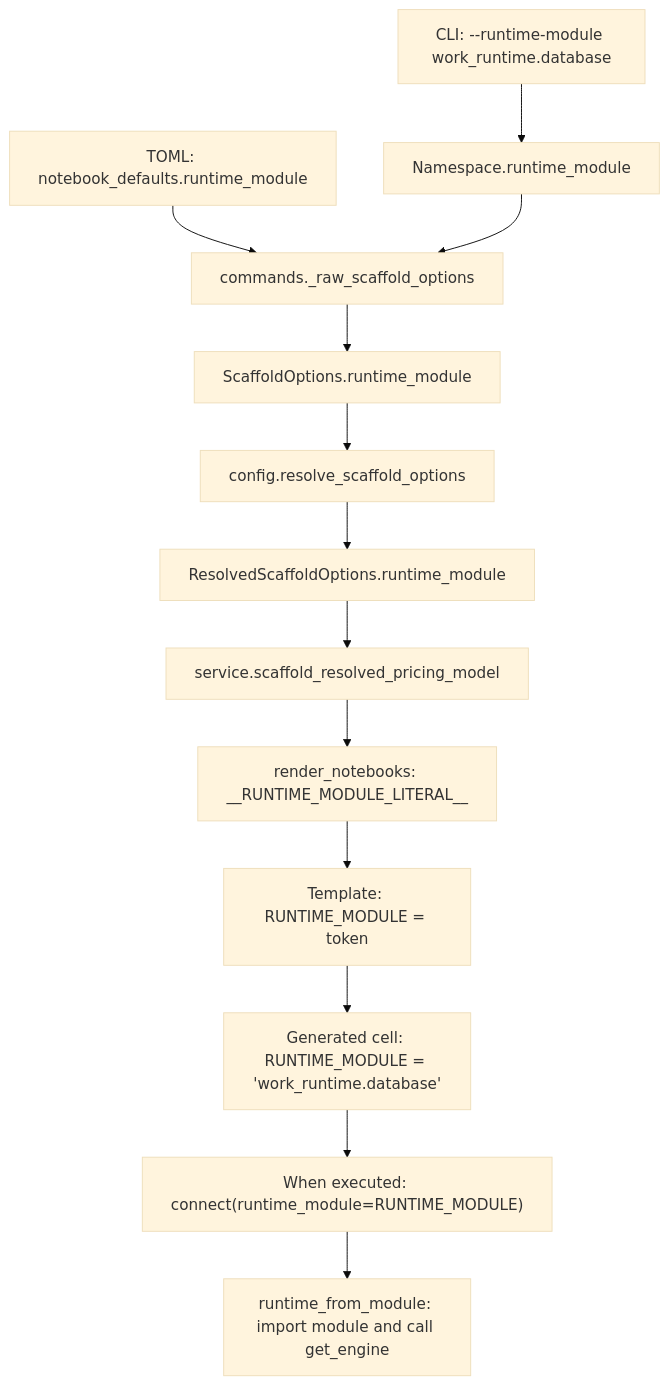
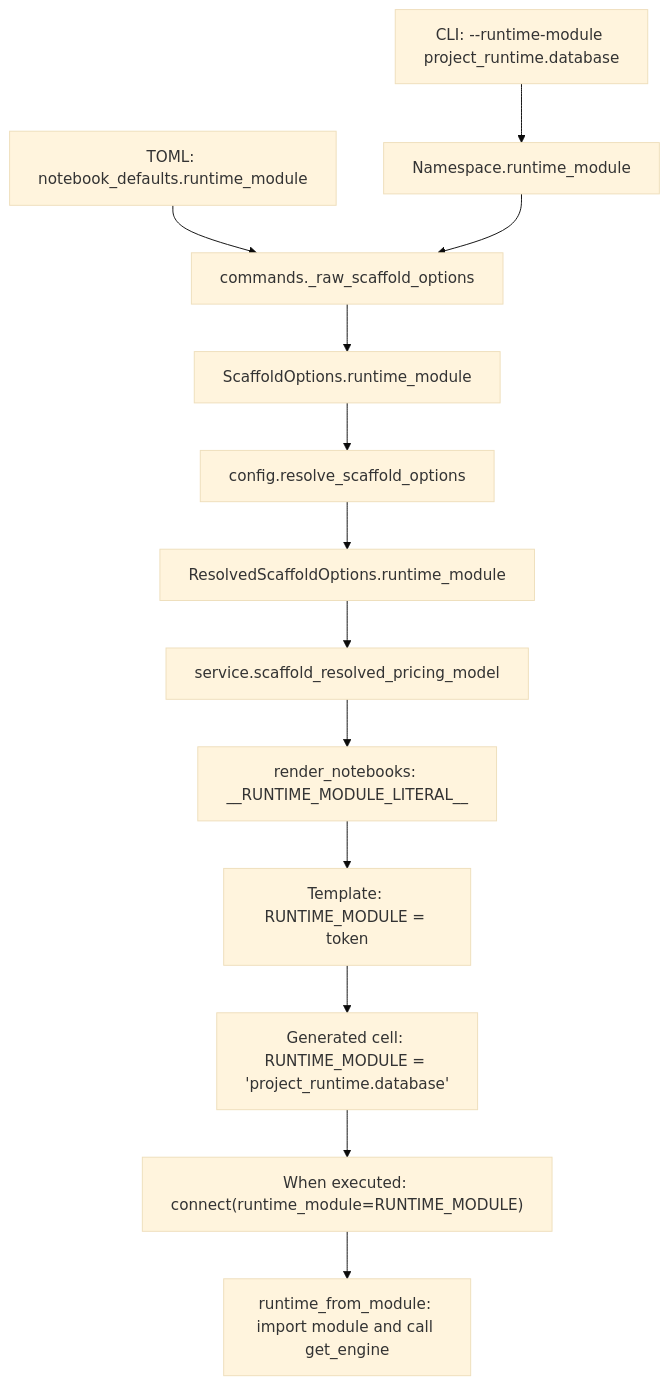
The diagram in docs/scaffold-trace.md (StrudelDoodleS/superglm-pricing-pipeline), drawn with Mermaid (base theme) before and after one commit. The commit also changed other lines of this file and 20 other files, not shown here.

Commit message:
Clarify schema administration and use neutral documentation examples

````diff
--- a/docs/scaffold-trace.md
+++ b/docs/scaffold-trace.md
@@ -11,15 +11,15 @@
 ```mermaid
 flowchart TD
-    A["CLI: --runtime-module work_runtime.database"] --> B["Namespace.runtime_module"]
+    A["CLI: --runtime-module project_runtime.database"] --> B["Namespace.runtime_module"]
     T["TOML: notebook_defaults.runtime_module"] --> C["commands._raw_scaffold_options"]
     B --> C
     C --> D["ScaffoldOptions.runtime_module"]
     D --> E["config.resolve_scaffold_options"]
     E --> F["ResolvedScaffoldOptions.runtime_module"]
     F --> G["service.scaffold_resolved_pricing_model"]
     G --> H["render_notebooks: __RUNTIME_MODULE_LITERAL__"]
     H --> I["Template: RUNTIME_MODULE = token"]
-    I --> J["Generated cell: RUNTIME_MODULE = 'work_runtime.database'"]
+    I --> J["Generated cell: RUNTIME_MODULE = 'project_runtime.database'"]
     J --> K["When executed: connect(runtime_module=RUNTIME_MODULE)"]
     K --> L["runtime_from_module: import module and call get_engine"]
 ```
````
